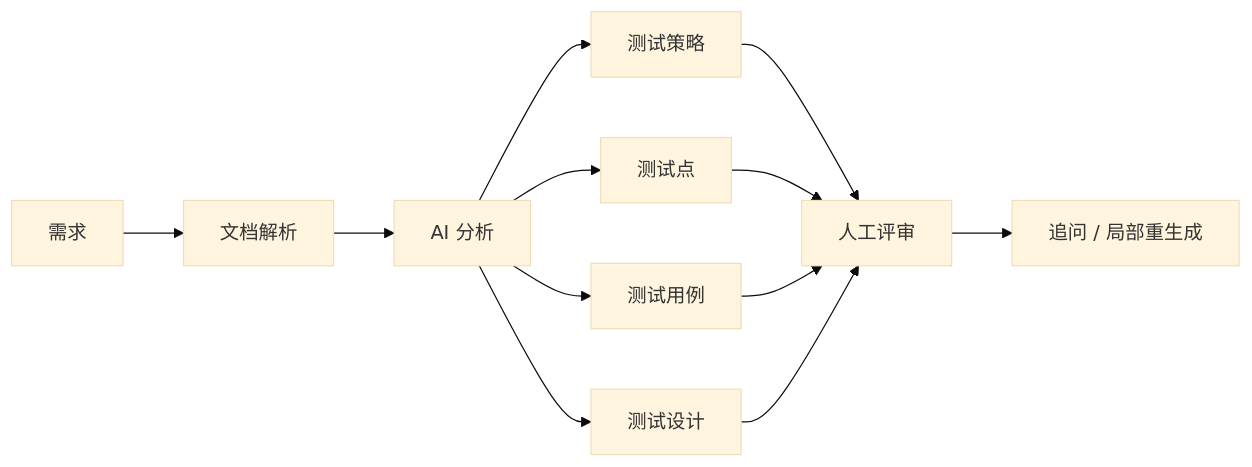
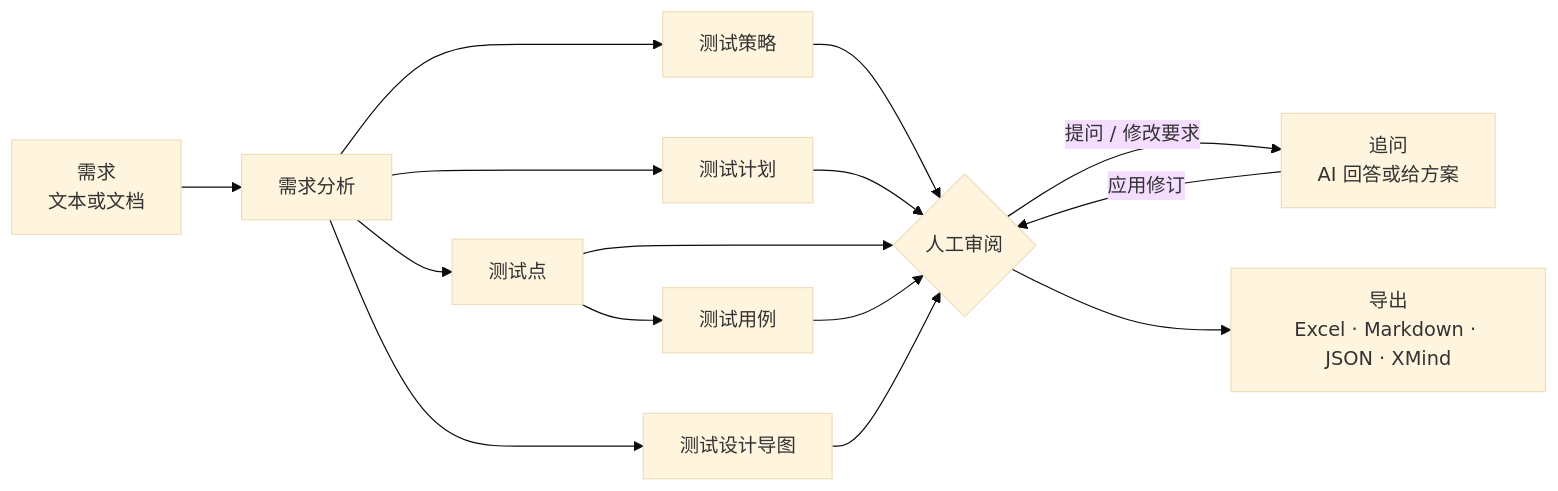
The diagram in README.zh-CN.md (Dream22180971/TestPilotAgent), drawn with Mermaid (base theme) before and after one commit. The commit also changed other lines of this file and 4 other files, not shown here.

````diff
--- a/README.zh-CN.md
+++ b/README.zh-CN.md
@@ -79,14 +109,13 @@
 ```mermaid
 flowchart LR
-    A[需求] --> B[文档解析]
-    B --> C[AI 分析]
-    C --> D[测试策略]
-    C --> E[测试点]
-    C --> F[测试用例]
-    C --> G[测试设计]
-    D --> H[人工评审]
-    E --> H
-    F --> H
-    G --> H
-    H --> I[追问 / 局部重生成]
+    R[需求<br/>文本或文档] --> A[需求分析]
+    A --> S[测试策略]
+    A --> P[测试计划]
+    A --> TP[测试点]
+    TP --> TC[测试用例]
+    A --> TD[测试设计导图]
+    S & P & TP & TC & TD --> H{人工审阅}
+    H -->|提问 / 修改要求| F[追问<br/>AI 回答或给方案]
+    F -->|应用修订| H
+    H --> E[导出<br/>Excel · Markdown · JSON · XMind]
 ```
````
